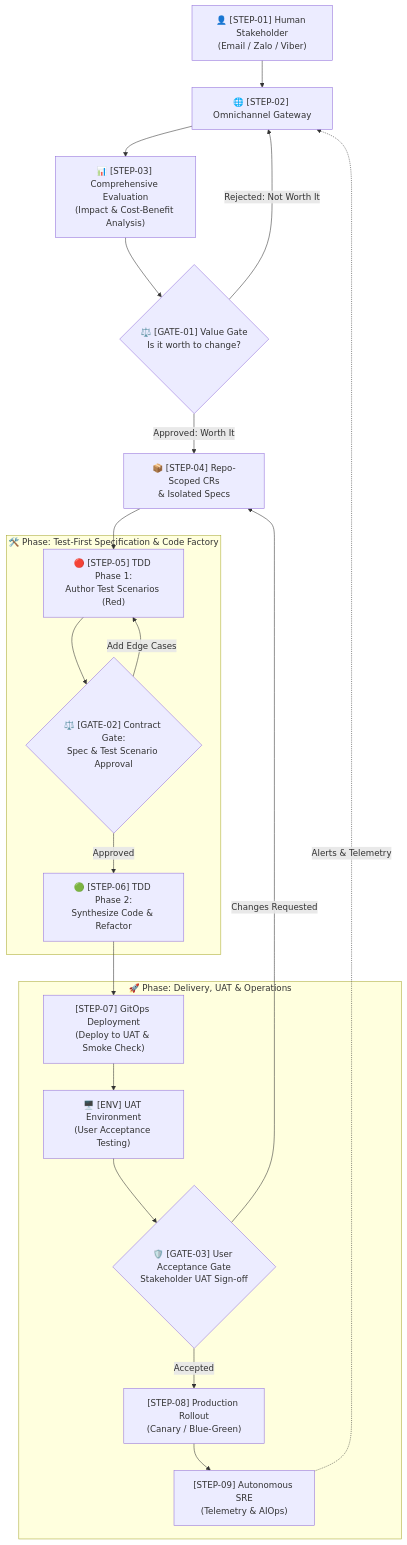
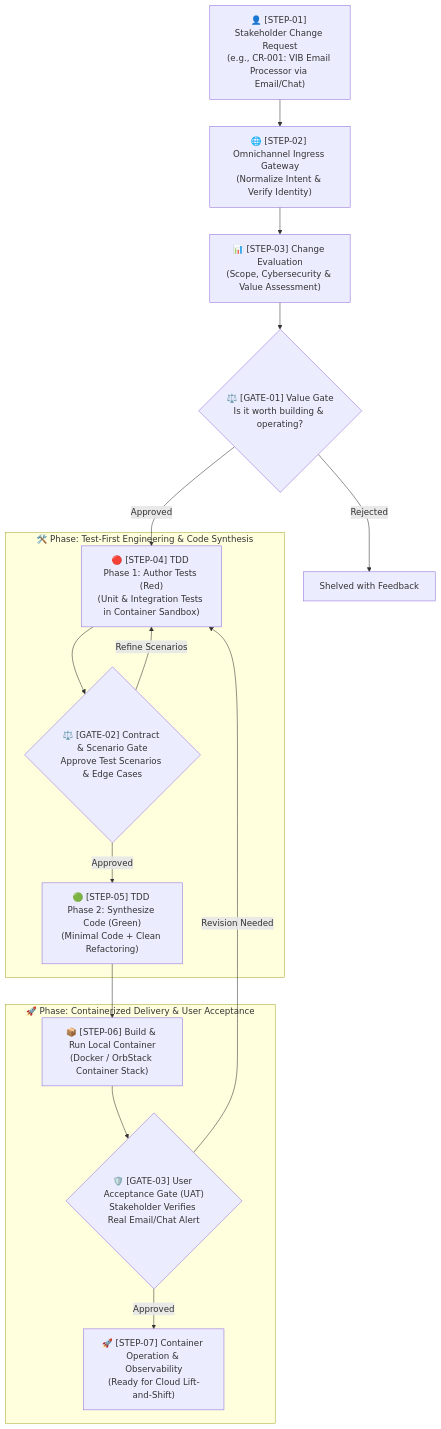
The diagram in docs/workflow.md (sonnormal/stratum-meta), drawn with Mermaid before and after one commit. The commit also changed other lines of this file and 2 other files, not shown here.

Commit message:
docs: simplify README and workflow around CR-001 VIB email use case and containerized runtime

````diff
--- a/docs/workflow.md
+++ b/docs/workflow.md
@@ -11,43 +11,34 @@
 ```mermaid
 graph TD
-    User["👤 [STEP-01] Human Stakeholder<br/>(Email / Zalo / Viber)"]
-    Gateway["🌐 [STEP-02] Omnichannel Gateway"]
-    Evaluation["📊 [STEP-03] Comprehensive Evaluation<br/>(Impact & Cost-Benefit Analysis)"]
-    Gate1{"⚖️ [GATE-01] Value Gate<br/>Is it worth to change?"}
-    RepoDispatch["📦 [STEP-04] Repo-Scoped CRs<br/>& Isolated Specs"]
+    User["👤 [STEP-01] Stakeholder Change Request<br/>(e.g., CR-001: VIB Email Processor via Email/Chat)"]
+    Gateway["🌐 [STEP-02] Omnichannel Ingress Gateway<br/>(Normalize Intent & Verify Identity)"]
+    Eval["📊 [STEP-03] Change Evaluation<br/>(Scope, Cybersecurity & Value Assessment)"]
+    Gate1{"⚖️ [GATE-01] Value Gate<br/>Is it worth building & operating?"}
 
     User --> Gateway
-    Gateway --> Evaluation
-    Evaluation --> Gate1
-    Gate1 -->|"Approved: Worth It"| RepoDispatch
-    Gate1 -->|"Rejected: Not Worth It"| Gateway
+    Gateway --> Eval
+    Eval --> Gate1
+    Gate1 -->|"Approved"| TDDPhase1
+    Gate1 -->|"Rejected"| Cancel["Shelved with Feedback"]
 
-    subgraph TDDLifecycle ["🛠️ Phase: Test-First Specification & Code Factory"]
-        TestFirst["🔴 [STEP-05] TDD Phase 1:<br/>Author Test Scenarios (Red)"]
-        Gate2{"⚖️ [GATE-02] Contract Gate:<br/>Spec & Test Scenario Approval"}
-        CodeSynth["🟢 [STEP-06] TDD Phase 2:<br/>Synthesize Code & Refactor"]
+    subgraph TDD ["🛠️ Phase: Test-First Engineering & Code Synthesis"]
+        TDDPhase1["🔴 [STEP-04] TDD Phase 1: Author Tests (Red)<br/>(Unit & Integration Tests in Container Sandbox)"]
+        Gate2{"⚖️ [GATE-02] Contract & Scenario Gate<br/>Approve Test Scenarios & Edge Cases"}
+        TDDPhase2["🟢 [STEP-05] TDD Phase 2: Synthesize Code (Green)<br/>(Minimal Code + Clean Refactoring)"]
 
-        TestFirst --> Gate2
-        Gate2 -->|"Approved"| CodeSynth
-        Gate2 -->|"Add Edge Cases"| TestFirst
+        TDDPhase1 --> Gate2
+        Gate2 -->|"Approved"| TDDPhase2
+        Gate2 -->|"Refine Scenarios"| TDDPhase1
     end
 
-    RepoDispatch --> TestFirst
-    CodeSynth --> GitOpsAgent
+    subgraph Delivery ["🚀 Phase: Containerized Delivery & User Acceptance"]
+        DeployUAT["📦 [STEP-06] Build & Run Local Container<br/>(Docker / OrbStack Container Stack)"]
+        Gate3{"🛡️ [GATE-03] User Acceptance Gate (UAT)<br/>Stakeholder Verifies Real Email/Chat Alert"}
+        Operate["🚀 [STEP-07] Container Operation & Observability<br/>(Ready for Cloud Lift-and-Shift)"]
 
-    subgraph DeliveryOps ["🚀 Phase: Delivery, UAT & Operations"]
-        GitOpsAgent["[STEP-07] GitOps Deployment<br/>(Deploy to UAT & Smoke Check)"]
-        UATDeploy["🖥️ [ENV] UAT Environment<br/>(User Acceptance Testing)"]
-        Gate3{"🛡️ [GATE-03] User Acceptance Gate<br/>Stakeholder UAT Sign-off"}
-        ProdDeploy["[STEP-08] Production Rollout<br/>(Canary / Blue-Green)"]
-        AIOps["[STEP-09] Autonomous SRE<br/>(Telemetry & AIOps)"]
-
-        GitOpsAgent --> UATDeploy
-        UATDeploy --> Gate3
-        Gate3 -->|"Accepted"| ProdDeploy
-        ProdDeploy --> AIOps
+        TDDPhase2 --> DeployUAT
+        DeployUAT --> Gate3
+        Gate3 -->|"Approved"| Operate
+        Gate3 -->|"Revision Needed"| TDDPhase1
     end
-
-    Gate3 -->|"Changes Requested"| RepoDispatch
-    AIOps -.->|"Alerts & Telemetry"| Gateway
 ```
````
